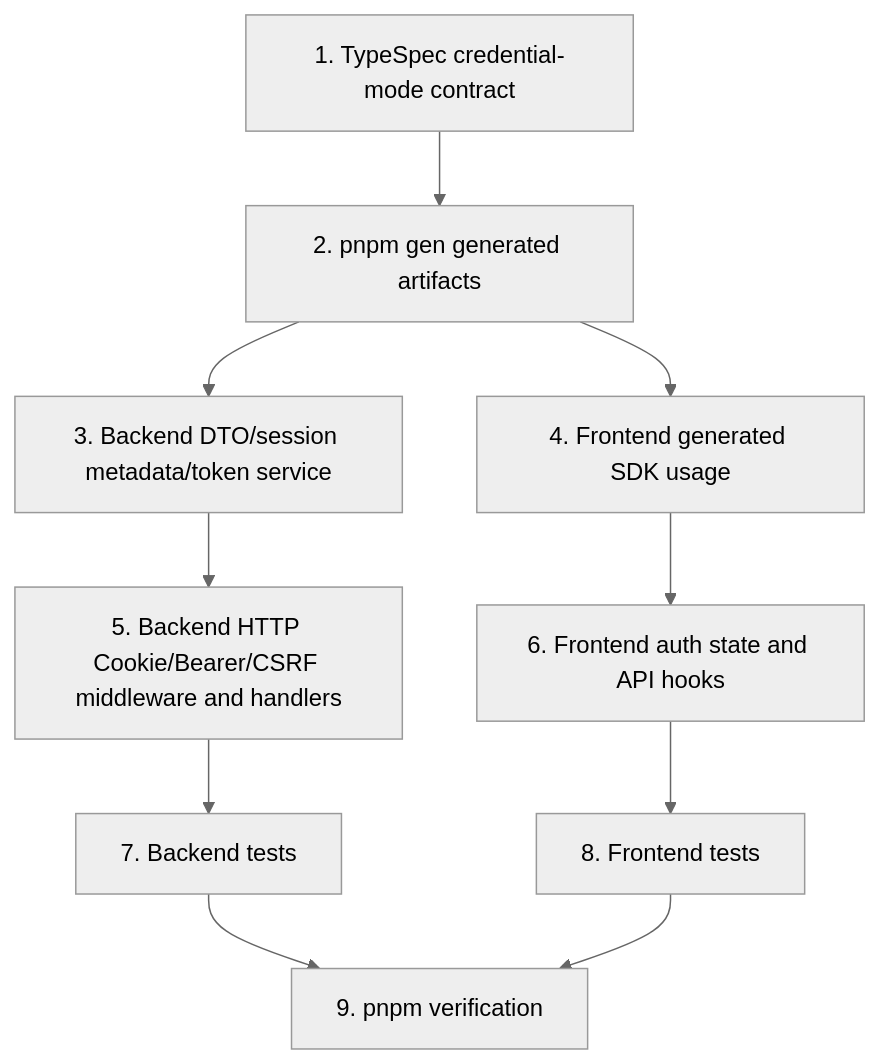
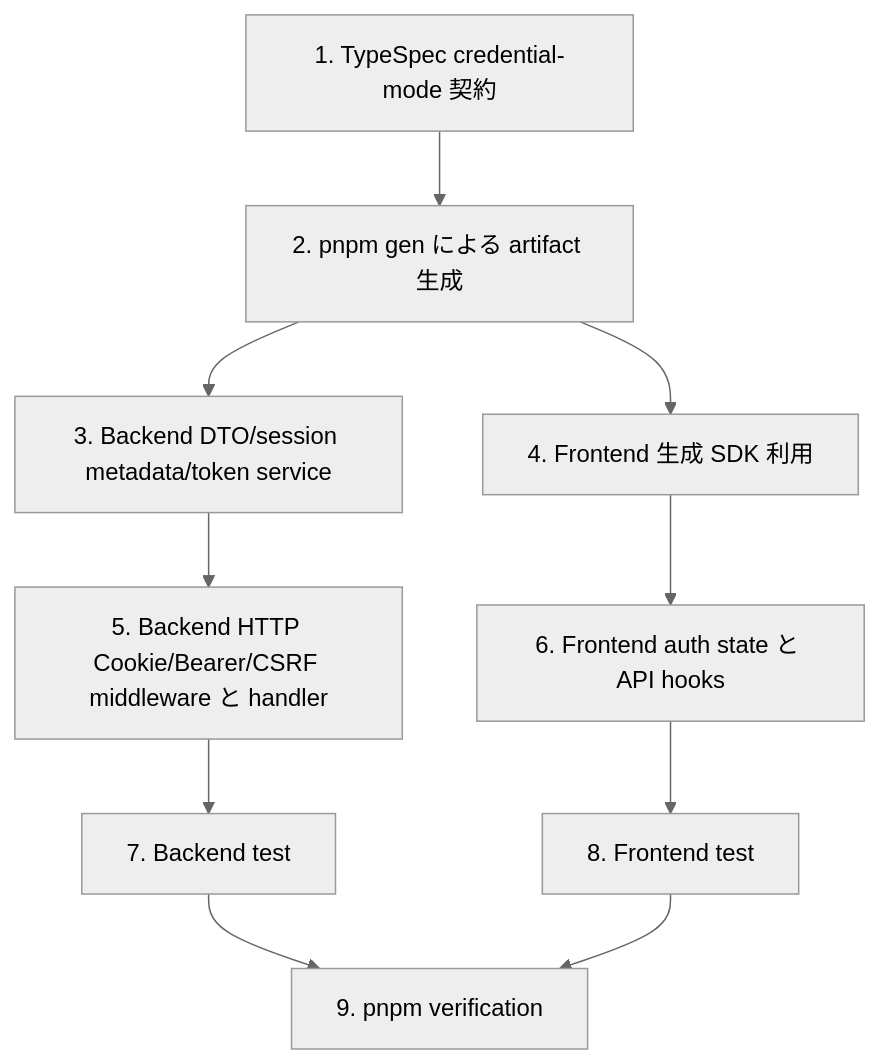
The fifth of 5 diagrams in openspec/changes/product-cookie-bearer-auth/design.md (witwire-net/www-template), drawn with Mermaid (neutral theme) before and after one commit. The commit also changed other lines of this file and 12 other files, not shown here.

````diff
--- a/openspec/changes/product-cookie-bearer-auth/design.md
+++ b/openspec/changes/product-cookie-bearer-auth/design.md
@@ -262,12 +262,12 @@
 ```mermaid
 flowchart TD
-  T1[1. TypeSpec credential-mode contract] --> T2[2. pnpm gen generated artifacts]
+  T1[1. TypeSpec credential-mode 契約] --> T2[2. pnpm gen による artifact 生成]
   T2 --> T3[3. Backend DTO/session metadata/token service]
-  T2 --> T4[4. Frontend generated SDK usage]
-  T3 --> T5[5. Backend HTTP Cookie/Bearer/CSRF middleware and handlers]
-  T4 --> T6[6. Frontend auth state and API hooks]
-  T5 --> T7[7. Backend tests]
-  T6 --> T8[8. Frontend tests]
+  T2 --> T4[4. Frontend 生成 SDK 利用]
+  T3 --> T5[5. Backend HTTP Cookie/Bearer/CSRF middleware と handler]
+  T4 --> T6[6. Frontend auth state と API hooks]
+  T5 --> T7[7. Backend test]
+  T6 --> T8[8. Frontend test]
   T7 --> T9[9. pnpm verification]
   T8 --> T9
 ```
````
